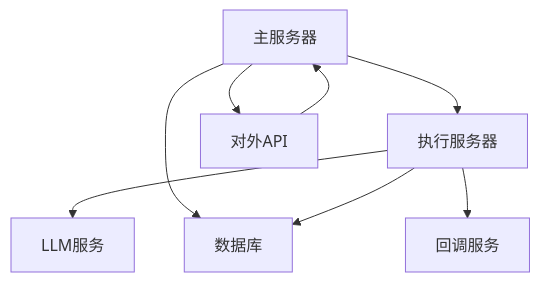
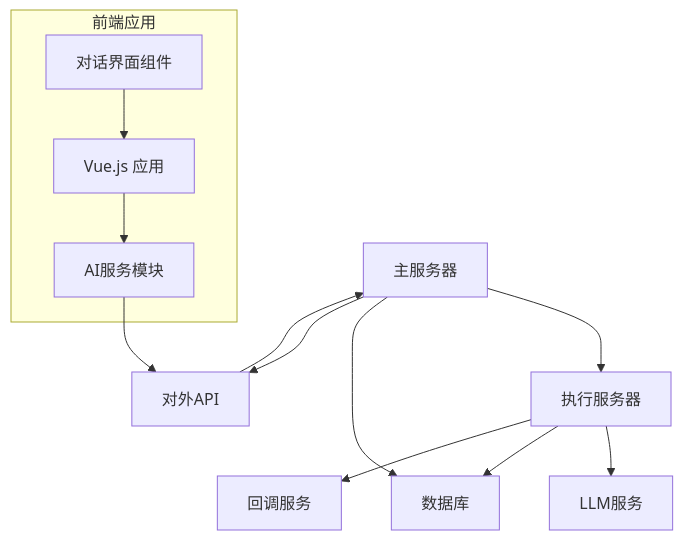
One commit to liuzh2008/med_ai_assistant_workspace changed the second of 7 diagrams in .qoder/repowiki/zh/content/核心功能模块/AI诊断辅助系统.md. Above: the diagram before and after it, drawn with Mermaid. The commit also changed other lines of this file and 1 other file, not shown here.

````diff
--- a/.qoder/repowiki/zh/content/核心功能模块/AI诊断辅助系统.md
+++ b/.qoder/repowiki/zh/content/核心功能模块/AI诊断辅助系统.md
@@ -78,10 +105,18 @@
 ```mermaid
 graph TB
 A["主服务器"] --> B["执行服务器"]
 B --> C["LLM服务"]
 A --> D["数据库"]
 B --> D
 B --> E["回调服务"]
 A --> F["对外API"]
 F --> A
+subgraph "前端应用"
+G["Vue.js 应用"]
+H["AI服务模块"]
+I["对话界面组件"]
+end
+G --> H
+H --> F
+I --> G
 ```
````
